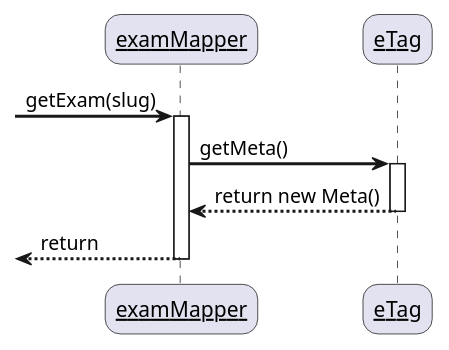
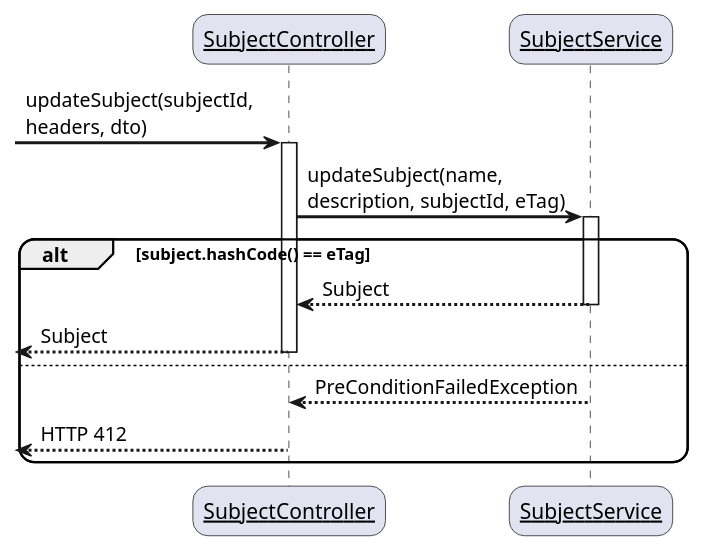
Before and after one commit to omjadas/ekzameno: the diagram in docs/diagrams/sequence/optimisticConcurrency.puml, drawn with PlantUML. The commit also changed 2 other files, not shown here.

Commit message:
sequence diagram

```diff
--- a/docs/diagrams/sequence/optimisticConcurrency.puml
+++ b/docs/diagrams/sequence/optimisticConcurrency.puml
@@ -1,23 +1,35 @@
 @startuml Optimistic Concurrency
 
 skinparam sequenceArrowThickness 2
 skinparam roundcorner 20
-skinparam maxmessagesize 130
+skinparam maxmessagesize 180
 skinparam sequenceParticipant underline
 
-participant "examMapper" as A
-participant "eTag" as B
+participant "SubjectController" as A
+participant "SubjectService" as B
 
--> A: getExam(slug)
+-> A: updateSubject(subjectId, headers, dto)
 activate A
 
-A -> B: getMeta()
+A -> B: updateSubject(name, description, subjectId, eTag)
 activate B
 
-B --> A: return new Meta()
-deactivate B
+alt subject.hashCode() == eTag
 
-<-- A: return
-deactivate A
+    B --> A: Subject
+    deactivate B
+
+    <-- A: Subject
+    deactivate A
+
+else 
+
+    B --> A: PreConditionFailedException
+    deactivate B
+
+    <-- A: HTTP 412
+    deactivate A
+
+end
 
 @enduml
```
